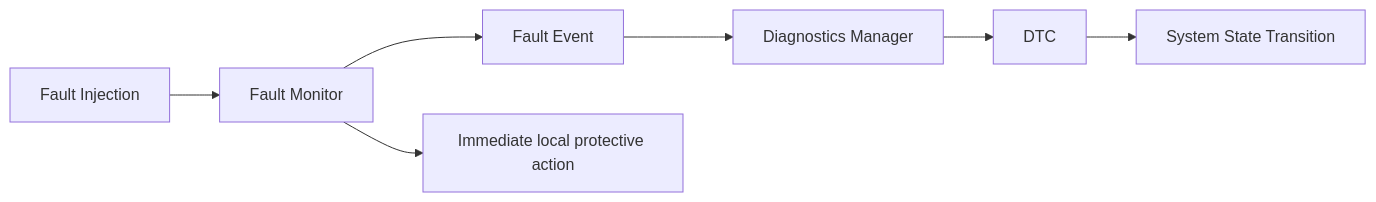
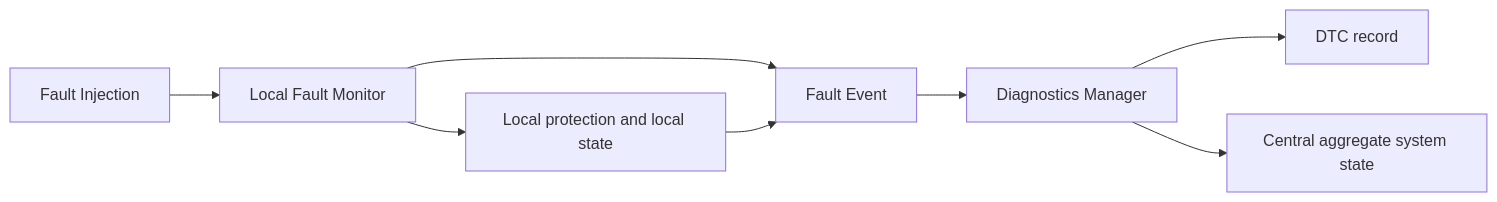
Before and after one commit to shinjuyeop/StrataDrive: the diagram in docs/architecture/fault_diagnostics_architecture.md, drawn with Mermaid. The commit also changed other lines of this file and 26 other files, not shown here.

````diff
--- a/docs/architecture/fault_diagnostics_architecture.md
+++ b/docs/architecture/fault_diagnostics_architecture.md
@@ -5,9 +5,10 @@
 ```mermaid
 flowchart LR
-  INJECT[Fault Injection] --> MON[Fault Monitor]
+  INJECT[Fault Injection] --> MON[Local Fault Monitor]
+  MON --> LOCAL[Local protection and local state]
   MON --> EVENT[Fault Event]
   EVENT --> DIAG[Diagnostics Manager]
-  DIAG --> DTC[DTC]
-  DTC --> STATE[System State Transition]
-  MON --> LOCAL[Immediate local protective action]
+  DIAG --> DTC[DTC record]
+  DIAG --> STATE[Central aggregate system state]
+  LOCAL --> EVENT
 ```
````
